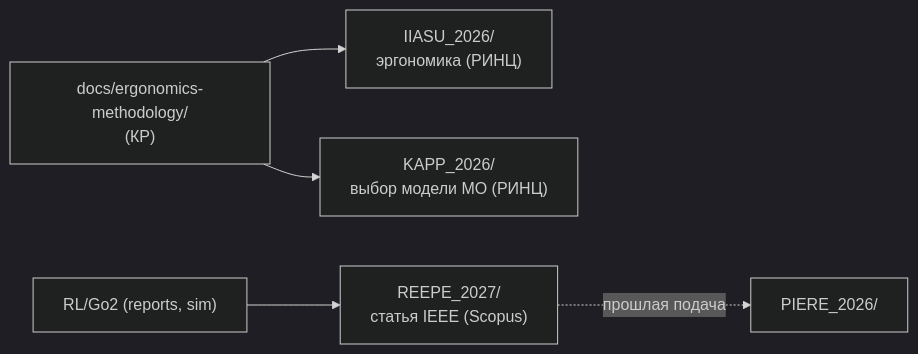
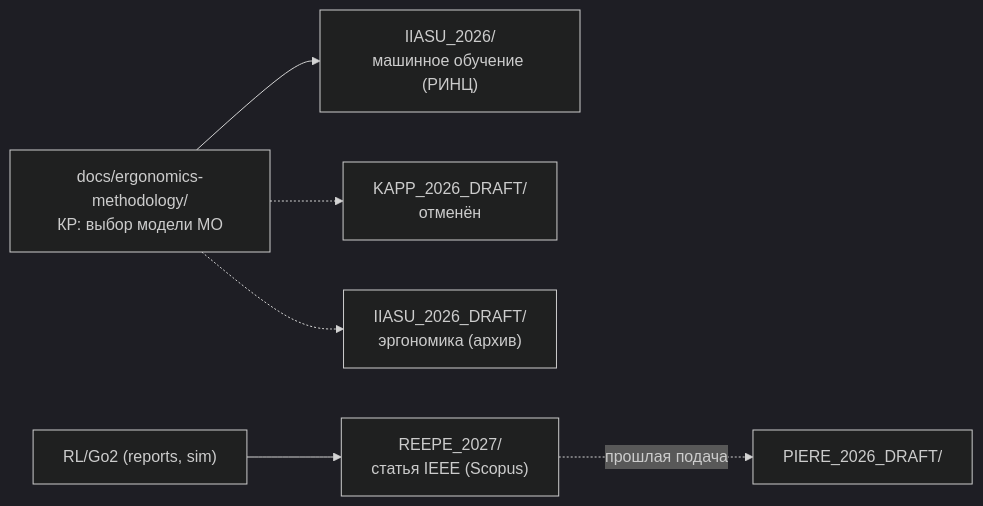
One commit to RedAlexDad/WalkingRobotSim changed the diagram in docs/publications/README.md. Above: the diagram before and after it, drawn with Mermaid (dark theme). The commit also changed other lines of this file and 39 other files, not shown here.

First line of the commit message:
docs: ИИАСУ-2026 под выбор модели, КАПП отменён

````diff
--- a/docs/publications/README.md
+++ b/docs/publications/README.md
@@ -33,7 +35,8 @@
 ```mermaid
 graph LR
-    A["docs/ergonomics-methodology/<br/>(КР)"] --> B["IIASU_2026/<br/>эргономика (РИНЦ)"]
-    A --> C["KAPP_2026/<br/>выбор модели МО (РИНЦ)"]
-    D["RL/Go2 (reports, sim)"] --> E["REEPE_2027/<br/>статья IEEE (Scopus)"]
-    E -.->|"прошлая подача"| F["PIERE_2026/"]
+    A["docs/ergonomics-methodology/<br/>КР: выбор модели МО"] --> B["IIASU_2026/<br/>машинное обучение (РИНЦ)"]
+    A -.-> C["KAPP_2026_DRAFT/<br/>отменён"]
+    A -.-> D["IIASU_2026_DRAFT/<br/>эргономика (архив)"]
+    E["RL/Go2 (reports, sim)"] --> F["REEPE_2027/<br/>статья IEEE (Scopus)"]
+    F -.->|"прошлая подача"| G["PIERE_2026_DRAFT/"]
 ```
````
